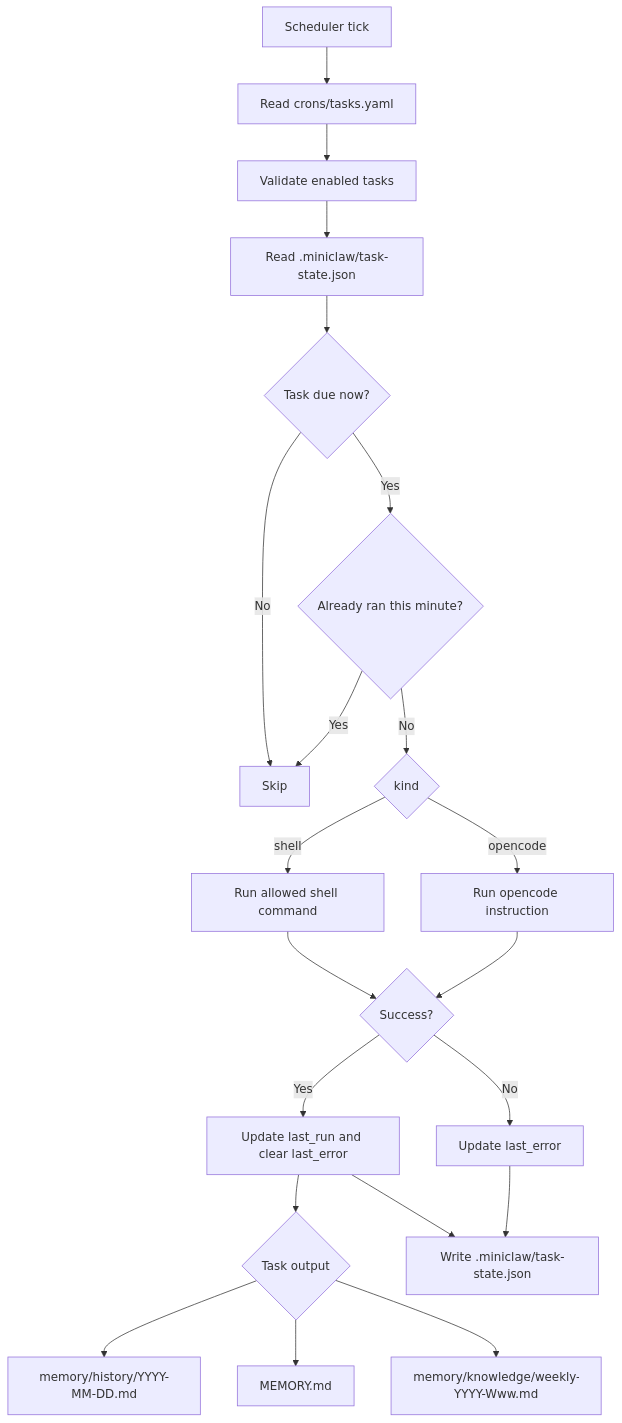
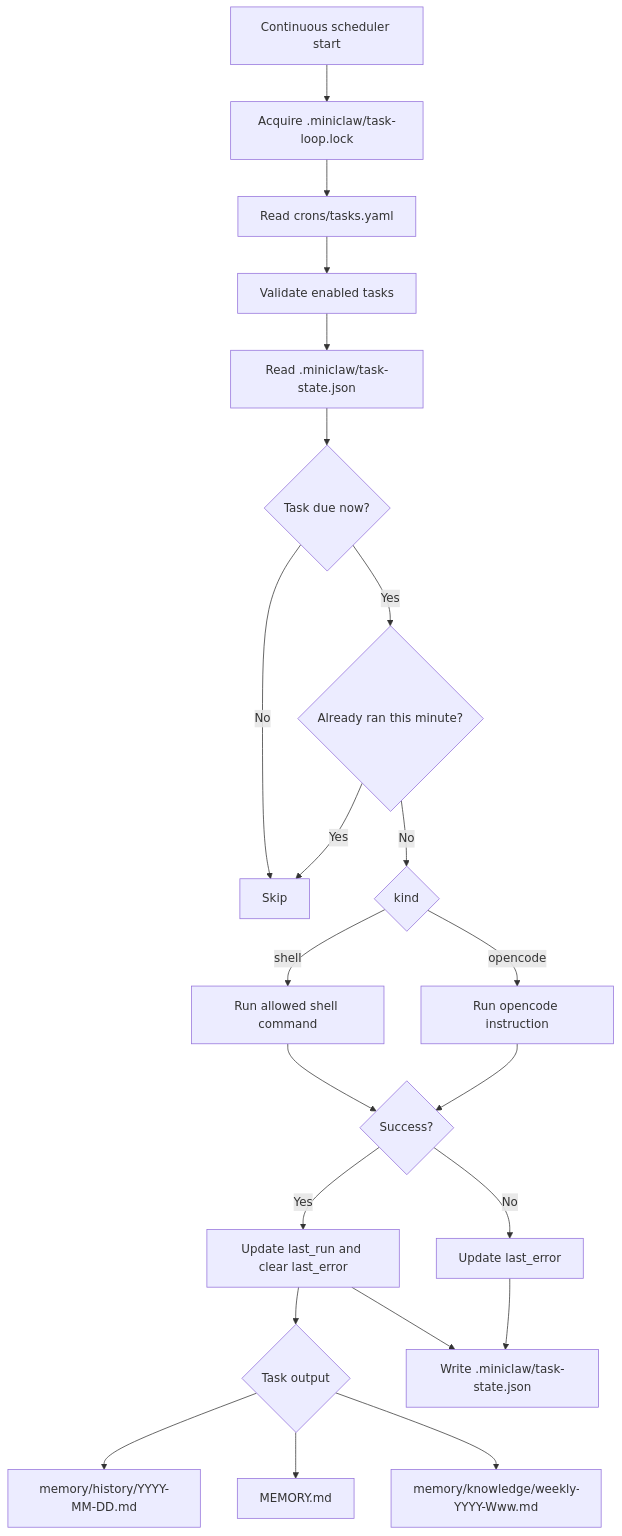
The second of 2 diagrams in docs/tasks-memory-architecture.md (vii33/AgentScheduler), drawn with Mermaid before and after one commit. The commit also changed other lines of this file and 3 other files, not shown here.

Commit message:
Add task loop single-instance lock

````diff
--- a/docs/tasks-memory-architecture.md
+++ b/docs/tasks-memory-architecture.md
@@ -54,23 +57,24 @@
 ```mermaid
 flowchart TD
-    A[Scheduler tick] --> B[Read crons/tasks.yaml]
+    A[Continuous scheduler start] --> Z[Acquire .miniclaw/task-loop.lock]
+    Z --> B[Read crons/tasks.yaml]
     B --> C[Validate enabled tasks]
     C --> D[Read .miniclaw/task-state.json]
     D --> E{Task due now?}
     E -- No --> F[Skip]
     E -- Yes --> G{Already ran this minute?}
     G -- Yes --> F
     G -- No --> H{kind}
     H -- shell --> I[Run allowed shell command]
     H -- opencode --> J[Run opencode instruction]
     I --> K{Success?}
     J --> K
     K -- Yes --> L[Update last_run and clear last_error]
     K -- No --> M[Update last_error]
     L --> N{Task output}
     N --> O[memory/history/YYYY-MM-DD.md]
     N --> P[MEMORY.md]
     N --> Q[memory/knowledge/weekly-YYYY-Www.md]
     L --> R[Write .miniclaw/task-state.json]
     M --> R
 ```
````
